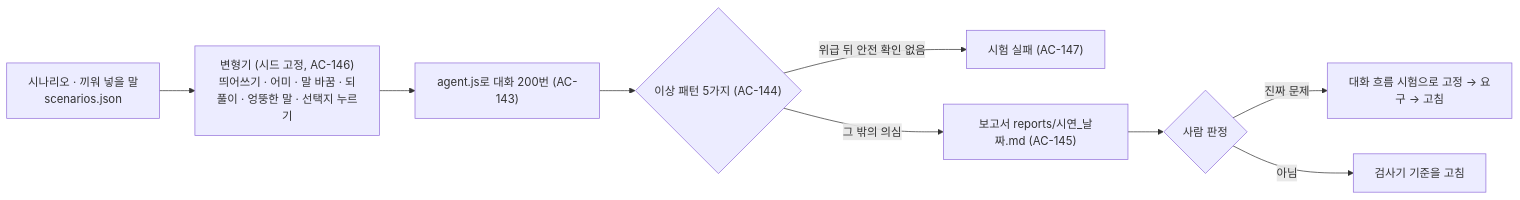
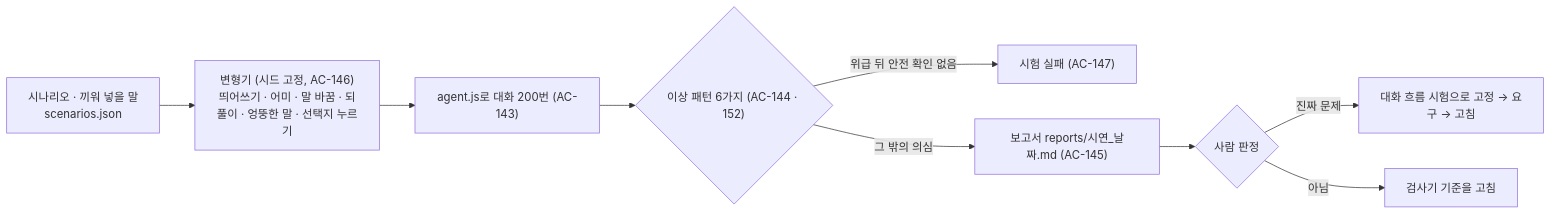
The sixth of 6 diagrams in docs/flows.md (githubleejungah/careloop-poc), drawn with Mermaid before and after one commit. The commit also changed 9 other files, not shown here.

````diff
--- a/docs/flows.md
+++ b/docs/flows.md
@@ -135,11 +135,11 @@
 ```mermaid
 flowchart LR
   SC["시나리오 · 끼워 넣을 말<br/>scenarios.json"] --> VAR["변형기 (시드 고정, AC-146)<br/>띄어쓰기 · 어미 · 말 바꿈 · 되풀이 · 엉뚱한 말 · 선택지 누르기"]
   VAR --> RUN["agent.js로 대화 200번 (AC-143)"]
-  RUN --> CHK{"이상 패턴 5가지 (AC-144)"}
+  RUN --> CHK{"이상 패턴 6가지 (AC-144 · 152)"}
   CHK -->|위급 뒤 안전 확인 없음| FAIL["시험 실패 (AC-147)"]
   CHK -->|그 밖의 의심| REP["보고서 reports/시연_날짜.md (AC-145)"]
   REP --> HUM{"사람 판정"}
   HUM -->|진짜 문제| FIX["대화 흐름 시험으로 고정 → 요구 → 고침"]
   HUM -->|아님| RULE["검사기 기준을 고침"]
 ```
````
